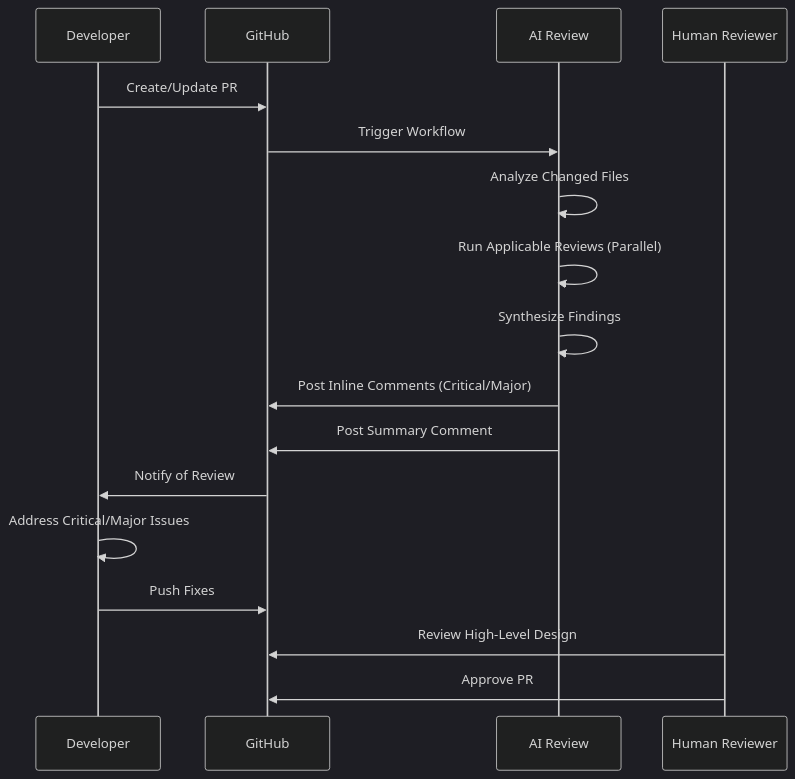
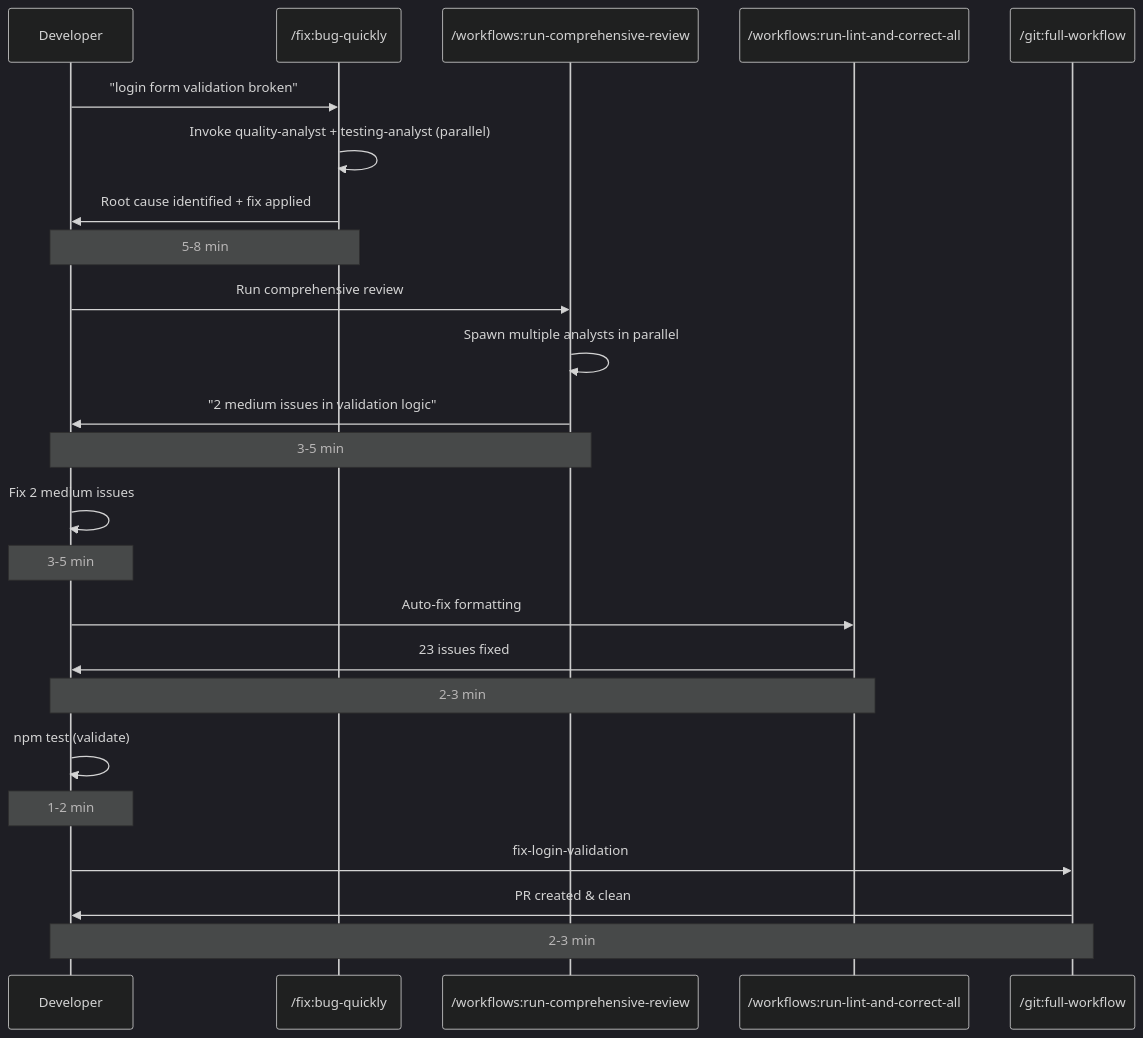
The second of 8 diagrams in docs/typical-workflows.md (thomasholknielsen/claude-code-config), drawn with Mermaid (dark theme) before and after one commit. The commit also changed other lines of this file and 130 other files, not shown here.

````diff
--- a/docs/typical-workflows.md
+++ b/docs/typical-workflows.md
@@ -67,20 +123,32 @@
 ```mermaid
 sequenceDiagram
     participant Dev as Developer
-    participant GH as GitHub
-    participant AI as AI Review
-    participant Human as Human Reviewer
+    participant Fix as /fix:bug-quickly
+    participant Review as /workflows:run-comprehensive-review
+    participant Lint as /workflows:run-lint-and-correct-all
+    participant Git as /git:full-workflow
 
-    Dev->>GH: Create/Update PR
-    GH->>AI: Trigger Workflow
-    AI->>AI: Analyze Changed Files
-    AI->>AI: Run Applicable Reviews (Parallel)
-    AI->>AI: Synthesize Findings
-    AI->>GH: Post Inline Comments (Critical/Major)
-    AI->>GH: Post Summary Comment
-    GH->>Dev: Notify of Review
-    Dev->>Dev: Address Critical/Major Issues
-    Dev->>GH: Push Fixes
-    Human->>GH: Review High-Level Design
-    Human->>GH: Approve PR
+    Dev->>Fix: "login form validation broken"
+    Fix->>Fix: Invoke quality-analyst + testing-analyst (parallel)
+    Fix->>Dev: Root cause identified + fix applied
+    Note over Dev,Fix: 5-8 min
+
+    Dev->>Review: Run comprehensive review
+    Review->>Review: Spawn multiple analysts in parallel
+    Review->>Dev: "2 medium issues in validation logic"
+    Note over Dev,Review: 3-5 min
+
+    Dev->>Dev: Fix 2 medium issues
+    Note over Dev: 3-5 min
+
+    Dev->>Lint: Auto-fix formatting
+    Lint->>Dev: 23 issues fixed
+    Note over Dev,Lint: 2-3 min
+
+    Dev->>Dev: npm test (validate)
+    Note over Dev: 1-2 min
+
+    Dev->>Git: fix-login-validation
+    Git->>Dev: PR created & clean
+    Note over Dev,Git: 2-3 min
 ```
````
